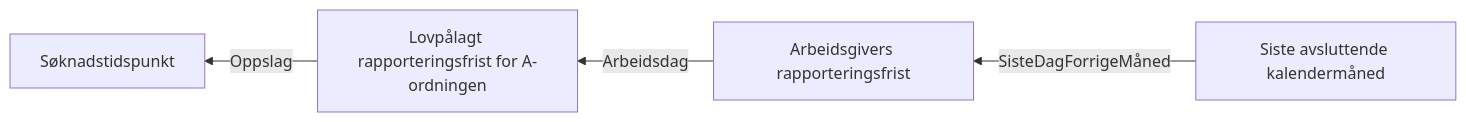
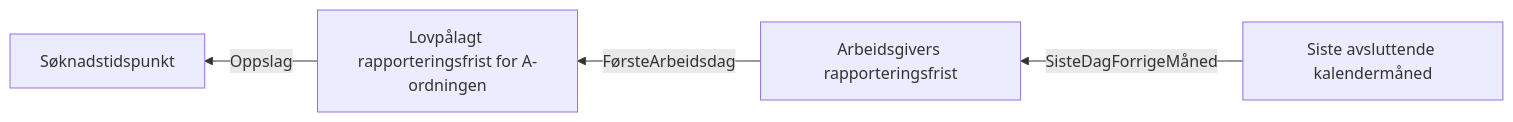
One commit to navikt/dp-vedtak changed the diagram in docs/regler/Dagpengeforskriften § 3A-2. Siste avsluttede kalendermåned.approved.md. Above: the diagram before and after it, drawn with Mermaid. The commit also changed 2 other files, not shown here.

Commit message:
Flytt rapporteringsfristlogikk for A-ordningen ut i eget objekt

````diff
--- a/docs/regler/Dagpengeforskriften § 3A-2. Siste avsluttede kalendermåned.approved.md
+++ b/docs/regler/Dagpengeforskriften § 3A-2. Siste avsluttede kalendermåned.approved.md
@@ -5,6 +5,6 @@
 ```mermaid
                     graph RL
   A["Lovpålagt rapporteringsfrist for A-ordningen"] -->|Oppslag| B["Søknadstidspunkt"]
-  C["Arbeidsgivers rapporteringsfrist"] -->|Arbeidsdag| A["Lovpålagt rapporteringsfrist for A-ordningen"]
+  C["Arbeidsgivers rapporteringsfrist"] -->|FørsteArbeidsdag| A["Lovpålagt rapporteringsfrist for A-ordningen"]
   D["Siste avsluttende kalendermåned"] -->|SisteDagForrigeMåned| C["Arbeidsgivers rapporteringsfrist"]
 ```
````
